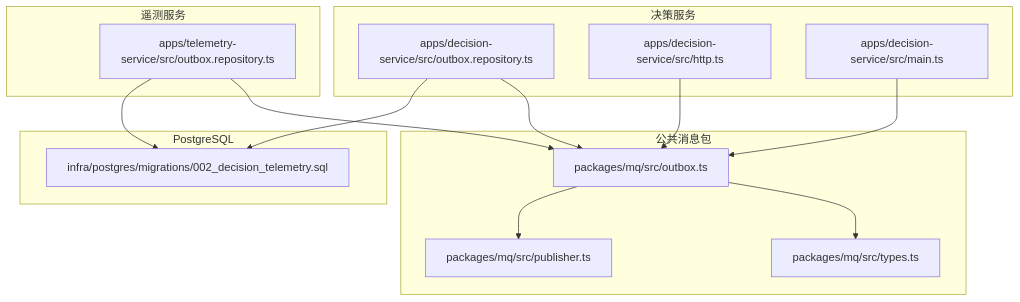
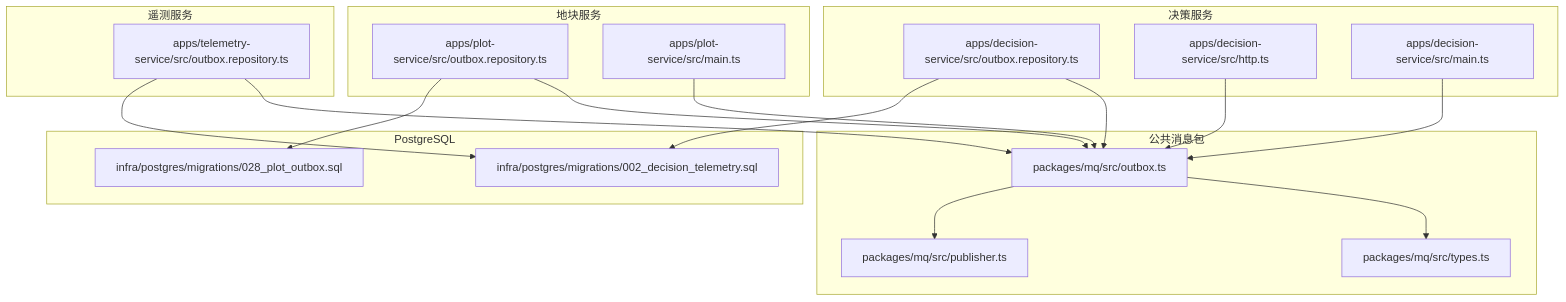
The first of 5 diagrams in .qoder/repowiki/zh/content/架构设计/事件驱动架构/本地消息表模式.md (q446328246/agri-platform), drawn with Mermaid before and after one commit. The commit also changed other lines of this file and 52 other files, not shown here.

````diff
--- a/.qoder/repowiki/zh/content/架构设计/事件驱动架构/本地消息表模式.md
+++ b/.qoder/repowiki/zh/content/架构设计/事件驱动架构/本地消息表模式.md
@@ -42,27 +56,35 @@
 ```mermaid
 graph TB
 subgraph "公共消息包"
 MQ_OUTBOX["packages/mq/src/outbox.ts"]
 MQ_TYPES["packages/mq/src/types.ts"]
 MQ_PUB["packages/mq/src/publisher.ts"]
 end
 subgraph "决策服务"
 DEC_REPO["apps/decision-service/src/outbox.repository.ts"]
 DEC_HTTP["apps/decision-service/src/http.ts"]
 DEC_MAIN["apps/decision-service/src/main.ts"]
 end
 subgraph "遥测服务"
 TEL_REPO["apps/telemetry-service/src/outbox.repository.ts"]
 end
+subgraph "地块服务"
+PLOT_REPO["apps/plot-service/src/outbox.repository.ts"]
+PLOT_MAIN["apps/plot-service/src/main.ts"]
+end
 subgraph "PostgreSQL"
-MIGRATION["infra/postgres/migrations/002_decision_telemetry.sql"]
+MIGRATION_DEC["infra/postgres/migrations/002_decision_telemetry.sql"]
+MIGRATION_PLOT["infra/postgres/migrations/028_plot_outbox.sql"]
 end
 MQ_OUTBOX --> MQ_TYPES
 MQ_OUTBOX --> MQ_PUB
 DEC_REPO --> MQ_OUTBOX
 TEL_REPO --> MQ_OUTBOX
+PLOT_REPO --> MQ_OUTBOX
 DEC_HTTP --> MQ_OUTBOX
 DEC_MAIN --> MQ_OUTBOX
-DEC_REPO --> MIGRATION
-TEL_REPO --> MIGRATION
+PLOT_MAIN --> MQ_OUTBOX
+DEC_REPO --> MIGRATION_DEC
+TEL_REPO --> MIGRATION_DEC
+PLOT_REPO --> MIGRATION_PLOT
 ```
````
